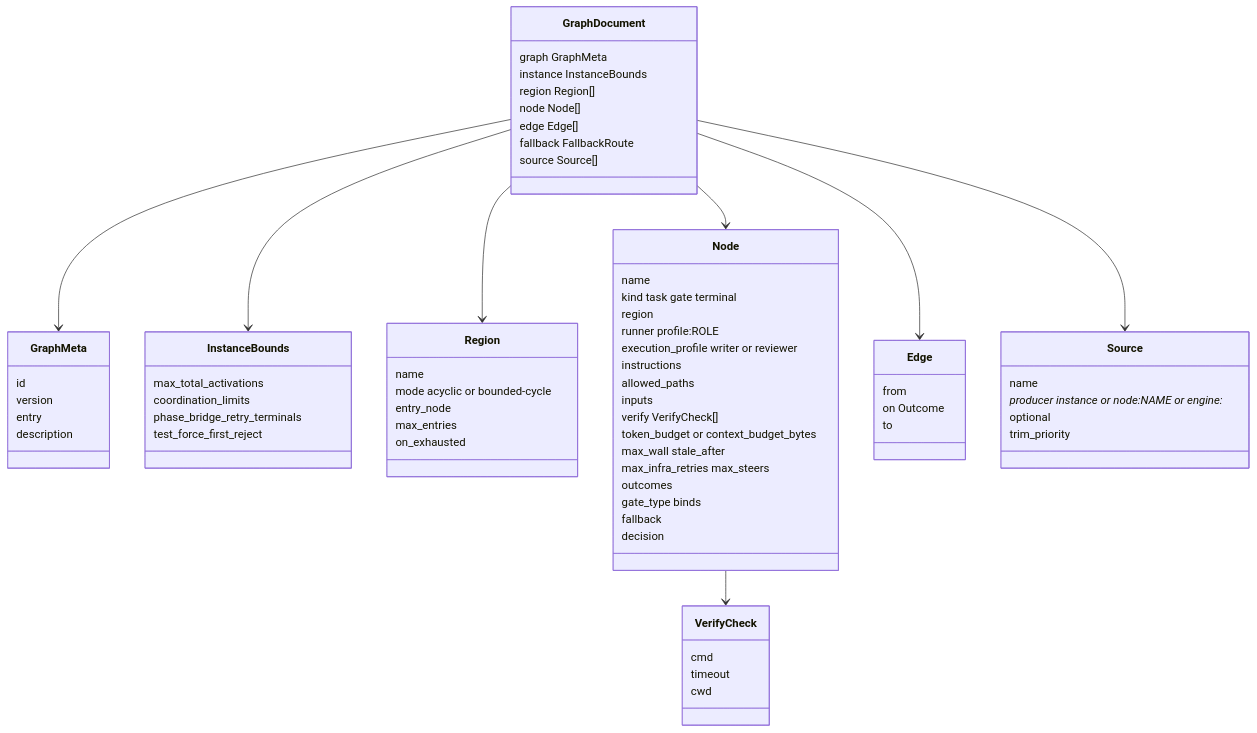
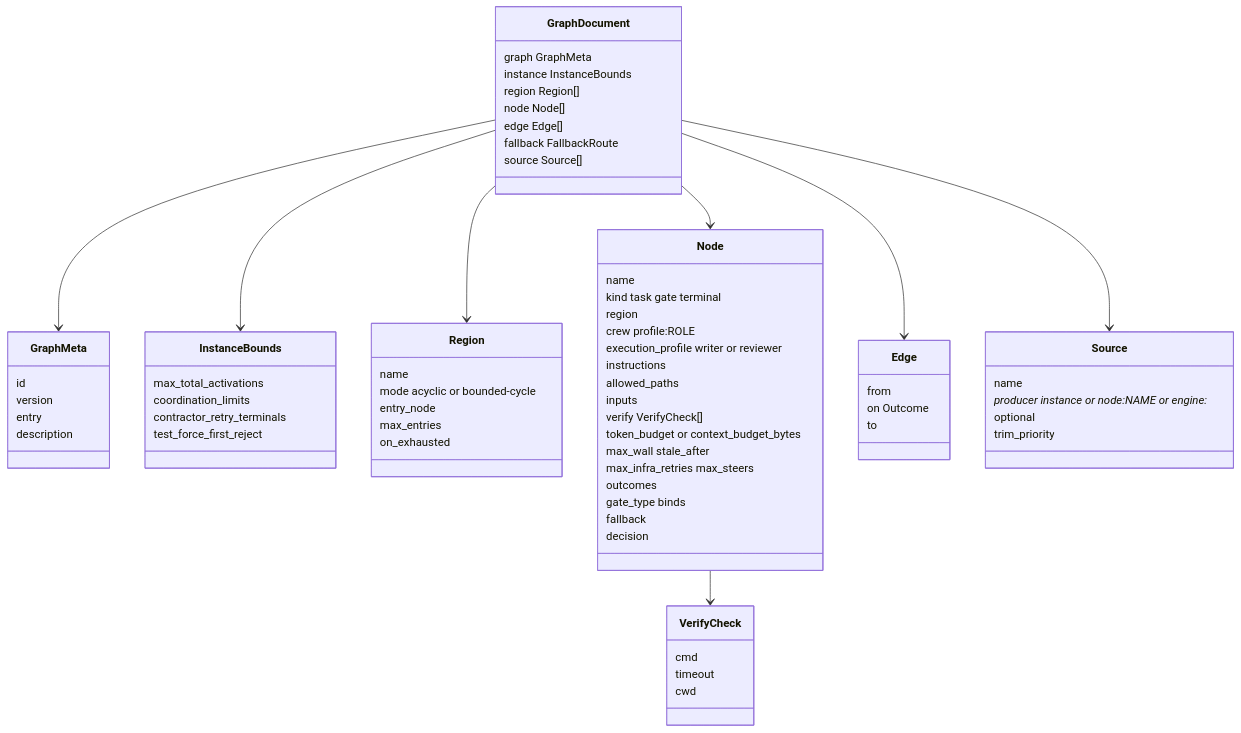
The eighth of 46 diagrams in docs/workflow-interpreter-guide/diagrams.md (MVPavan/coding-ritual), drawn with Mermaid before and after one commit. The commit also changed other lines of this file and 361 other files, not shown here.

````diff
--- a/docs/workflow-interpreter-guide/diagrams.md
+++ b/docs/workflow-interpreter-guide/diagrams.md
@@ -331,72 +331,72 @@
 ```mermaid
 classDiagram
   class GraphDocument {
     graph GraphMeta
     instance InstanceBounds
     region Region[]
     node Node[]
     edge Edge[]
     fallback FallbackRoute
     source Source[]
   }
   class GraphMeta {
     id
     version
     entry
     description
   }
   class InstanceBounds {
     max_total_activations
     coordination_limits
-    phase_bridge_retry_terminals
+    contractor_retry_terminals
     test_force_first_reject
   }
   class Region {
     name
     mode acyclic or bounded-cycle
     entry_node
     max_entries
     on_exhausted
   }
   class Node {
     name
     kind task gate terminal
     region
-    runner profile:ROLE
+    crew profile:ROLE
     execution_profile writer or reviewer
     instructions
     allowed_paths
     inputs
     verify VerifyCheck[]
     token_budget or context_budget_bytes
     max_wall stale_after
     max_infra_retries max_steers
     outcomes
     gate_type binds
     fallback
     decision
   }
   class Edge {
     from
     on Outcome
     to
   }
   class Source {
     name
     producer instance or node:NAME or engine:*
     optional
     trim_priority
   }
   class VerifyCheck {
     cmd
     timeout
     cwd
   }
   GraphDocument --> GraphMeta
   GraphDocument --> InstanceBounds
   GraphDocument --> Region
   GraphDocument --> Node
   GraphDocument --> Edge
   GraphDocument --> Source
   Node --> VerifyCheck
 ```
````
